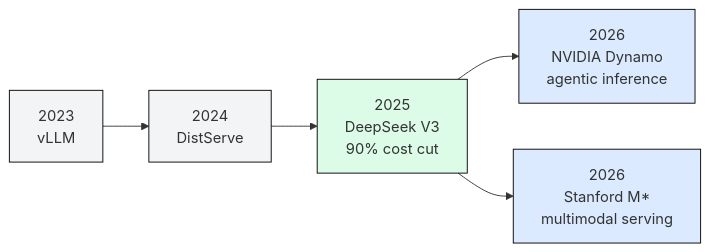
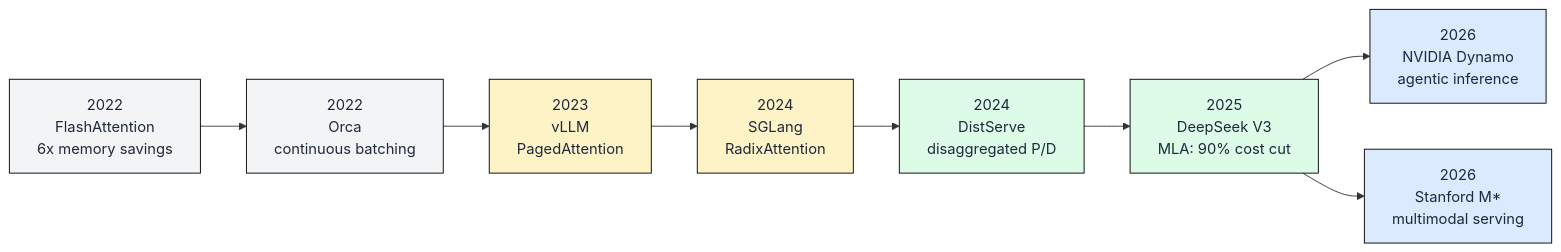
Before and after one commit to harshuljain13/llm-inference-at-scale: the first of 13 diagrams in workshop/SLIDES.md, drawn with Mermaid. The commit also changed other lines of this file and 8 other files, not shown here.

````diff
--- a/workshop/SLIDES.md
+++ b/workshop/SLIDES.md
@@ -49,12 +46,19 @@
 ```mermaid
 flowchart LR
-    A[2023<br>vLLM] --> B[2024<br>DistServe]
-    B --> C[2025<br>DeepSeek V3<br>90% cost cut]
-    C --> D[2026<br>NVIDIA Dynamo<br>agentic inference]
-    C --> E[2026<br>Stanford M*<br>multimodal serving]
-    style A fill:#f3f4f6,stroke:#000
-    style B fill:#f3f4f6,stroke:#000
-    style C fill:#dcfce7,stroke:#000
-    style D fill:#dbeafe,stroke:#000
-    style E fill:#dbeafe,stroke:#000
+    A["2022<br/>FlashAttention<br/>6x memory savings"] --> B["2022<br/>Orca<br/>continuous batching"]
+    B --> C["2023<br/>vLLM<br/>PagedAttention"]
+    C --> D["2024<br/>SGLang<br/>RadixAttention"]
+    D --> E["2024<br/>DistServe<br/>disaggregated P/D"]
+    E --> F["2025<br/>DeepSeek V3<br/>MLA: 90% cost cut"]
+    F --> G["2026<br/>NVIDIA Dynamo<br/>agentic inference"]
+    F --> H["2026<br/>Stanford M*<br/>multimodal serving"]
+
+    style A fill:#f3f4f6,stroke:#000,color:#1e293b
+    style B fill:#f3f4f6,stroke:#000,color:#1e293b
+    style C fill:#fef3c7,stroke:#000,color:#1e293b
+    style D fill:#fef3c7,stroke:#000,color:#1e293b
+    style E fill:#dcfce7,stroke:#000,color:#1e293b
+    style F fill:#dcfce7,stroke:#000,color:#1e293b
+    style G fill:#dbeafe,stroke:#000,color:#1e293b
+    style H fill:#dbeafe,stroke:#000,color:#1e293b
 ```
````
